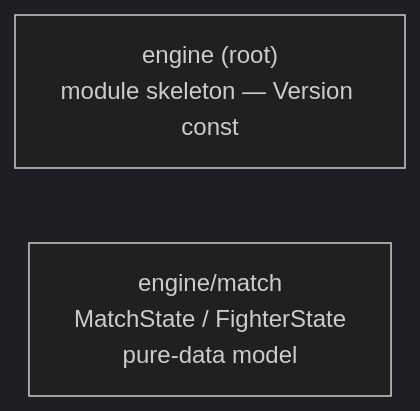
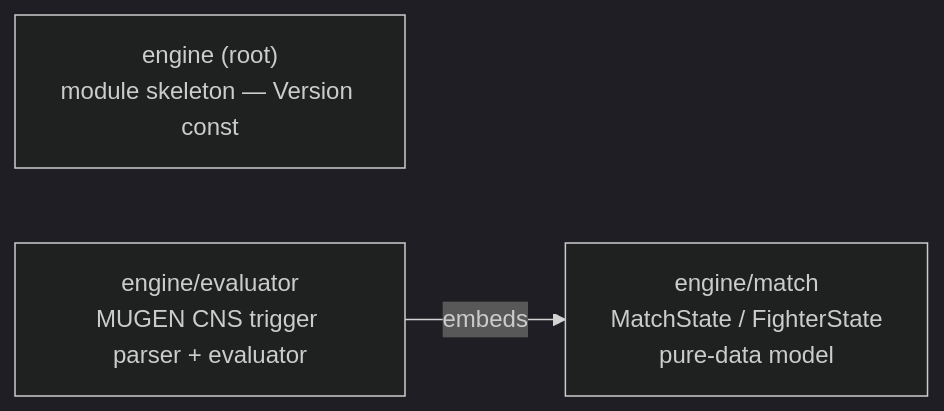
The first of 2 diagrams in docs/architecture.md (openkakutou/engine), drawn with Mermaid (dark theme) before and after one commit. The commit also changed other lines of this file and 17 other files, not shown here.

````diff
--- a/docs/architecture.md
+++ b/docs/architecture.md
@@ -7,5 +7,8 @@
 ```mermaid
 graph LR
     root["engine (root)<br/>module skeleton — Version const"]
     match["engine/match<br/>MatchState / FighterState<br/>pure-data model"]
+    evaluator["engine/evaluator<br/>MUGEN CNS trigger parser + evaluator"]
+
+    evaluator -->|embeds| match
 ```
````
